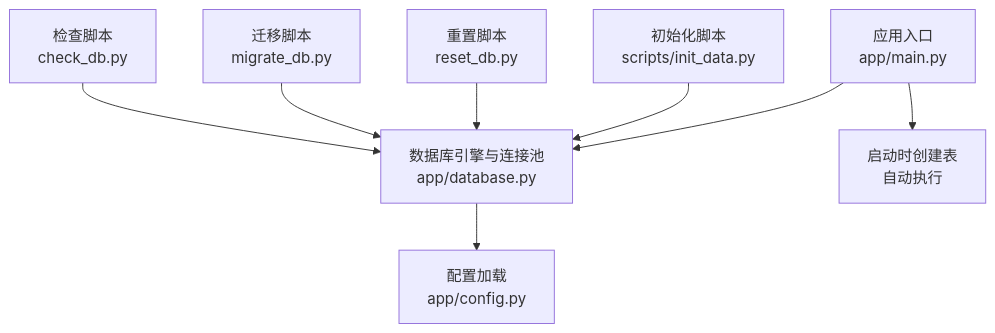
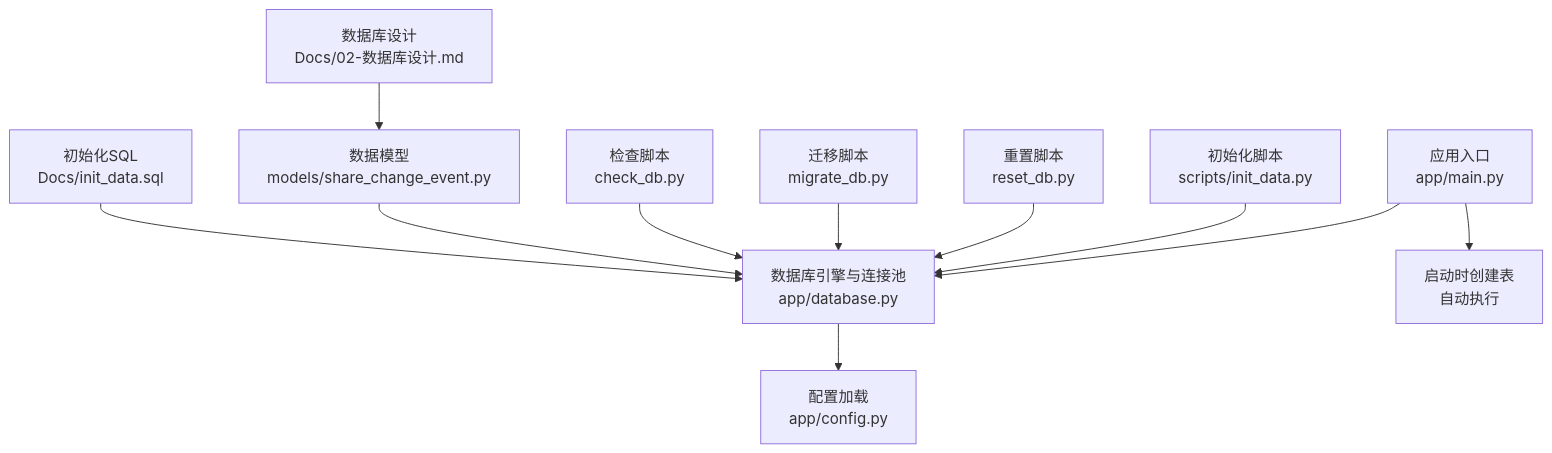
The first of 4 diagrams in .qoder/repowiki/zh/content/开发指南/部署指南/数据库部署.md (gujialind/InvestRing), drawn with Mermaid before and after one commit. The commit also changed other lines of this file and 42 other files, not shown here.

````diff
--- a/.qoder/repowiki/zh/content/开发指南/部署指南/数据库部署.md
+++ b/.qoder/repowiki/zh/content/开发指南/部署指南/数据库部署.md
@@ -39,10 +49,13 @@
 ```mermaid
 graph TB
 A["应用入口<br/>app/main.py"] --> B["数据库引擎与连接池<br/>app/database.py"]
 B --> C["配置加载<br/>app/config.py"]
 A --> D["启动时创建表<br/>自动执行"]
 E["初始化脚本<br/>scripts/init_data.py"] --> B
 F["重置脚本<br/>reset_db.py"] --> B
 G["迁移脚本<br/>migrate_db.py"] --> B
 H["检查脚本<br/>check_db.py"] --> B
+I["数据模型<br/>models/share_change_event.py"] --> B
+J["数据库设计<br/>Docs/02-数据库设计.md"] --> I
+K["初始化SQL<br/>Docs/init_data.sql"] --> B
 ```
````
